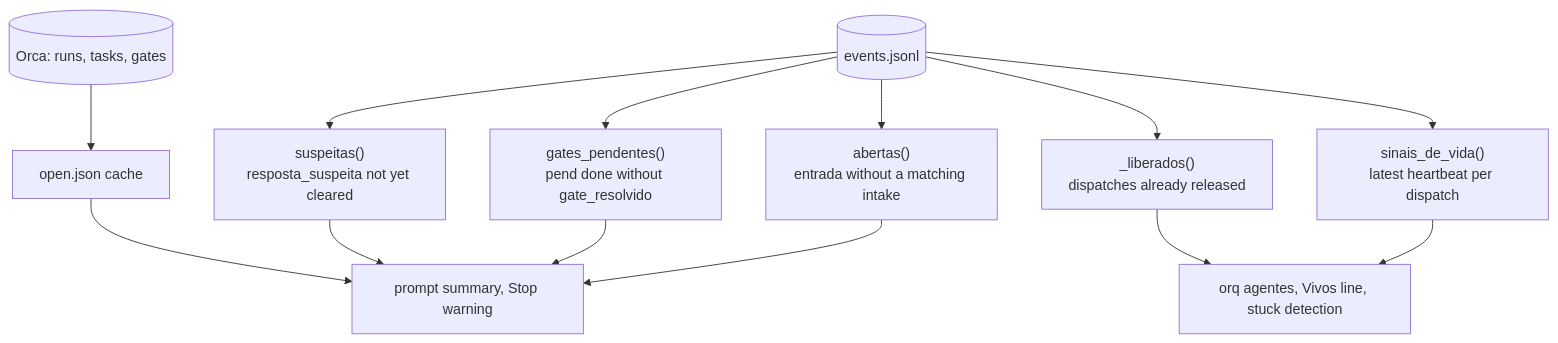
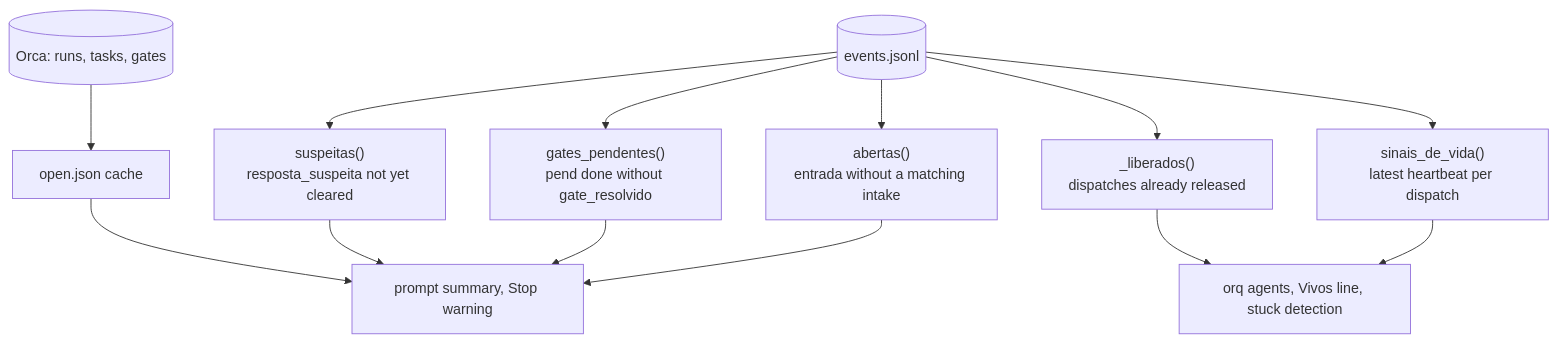
Before and after one commit to leodiegoo/orq: the first of 4 diagrams in docs/design.md, drawn with Mermaid. The commit also changed other lines of this file and 9 other files, not shown here.

````diff
--- a/docs/design.md
+++ b/docs/design.md
@@ -84,15 +84,15 @@
 ```mermaid
 flowchart TD
     E[("events.jsonl")] --> A["abertas()<br/>entrada without a matching intake"]
     E --> S["sinais_de_vida()<br/>latest heartbeat per dispatch"]
     E --> G["gates_pendentes()<br/>pend done without gate_resolvido"]
     E --> Q["suspeitas()<br/>resposta_suspeita not yet cleared"]
     E --> L["_liberados()<br/>dispatches already released"]
     A --> R["prompt summary, Stop warning"]
-    S --> V["orq agentes, Vivos line, stuck detection"]
+    S --> V["orq agents, Vivos line, stuck detection"]
     G --> R
     Q --> R
     L --> V
     O[("Orca: runs, tasks, gates")] --> C["open.json cache"]
     C --> R
 ```
````
